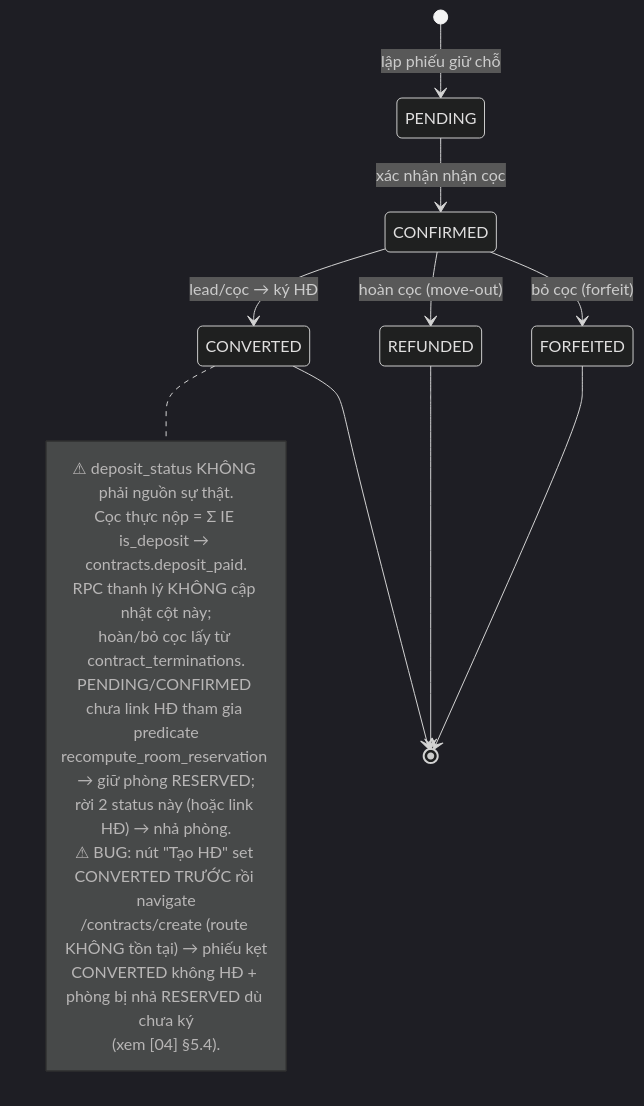
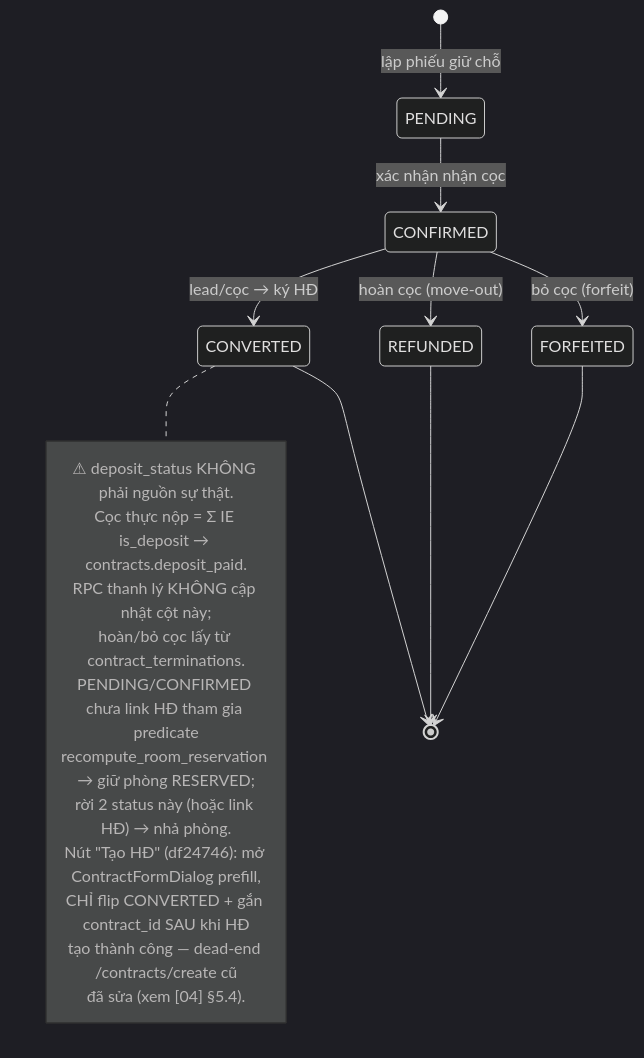
The sixth of 7 diagrams in docs/he-thong/99-quy-trinh-tong.md (zxGreenxz/whiteboard-ihomecrm), drawn with Mermaid (dark theme) before and after one commit. The commit also changed other lines of this file and 11 other files, not shown here.

````diff
--- a/docs/he-thong/99-quy-trinh-tong.md
+++ b/docs/he-thong/99-quy-trinh-tong.md
@@ -347,24 +347,24 @@
 ```mermaid
 stateDiagram-v2
     [*] --> PENDING: lập phiếu giữ chỗ
     PENDING --> CONFIRMED: xác nhận nhận cọc
     CONFIRMED --> CONVERTED: lead/cọc → ký HĐ
     CONFIRMED --> REFUNDED: hoàn cọc (move-out)
     CONFIRMED --> FORFEITED: bỏ cọc (forfeit)
     note right of CONVERTED
         ⚠ deposit_status KHÔNG phải nguồn sự thật.
         Cọc thực nộp = Σ IE is_deposit → contracts.deposit_paid.
         RPC thanh lý KHÔNG cập nhật cột này;
         hoàn/bỏ cọc lấy từ contract_terminations.
         PENDING/CONFIRMED chưa link HĐ tham gia predicate
         recompute_room_reservation → giữ phòng RESERVED;
         rời 2 status này (hoặc link HĐ) → nhả phòng.
-        ⚠ BUG: nút "Tạo HĐ" set CONVERTED TRƯỚC rồi navigate
-        /contracts/create (route KHÔNG tồn tại) → phiếu kẹt
-        CONVERTED không HĐ + phòng bị nhả RESERVED dù chưa ký
-        (xem [04] §5.4).
+        Nút "Tạo HĐ" (df24746): mở ContractFormDialog prefill,
+        CHỈ flip CONVERTED + gắn contract_id SAU khi HĐ
+        tạo thành công — dead-end /contracts/create cũ
+        đã sửa (xem [04] §5.4).
     end note
     CONVERTED --> [*]
     REFUNDED --> [*]
     FORFEITED --> [*]
 ```
````
